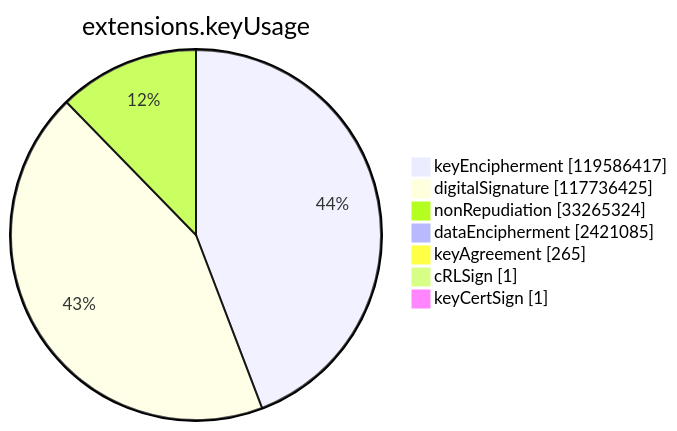
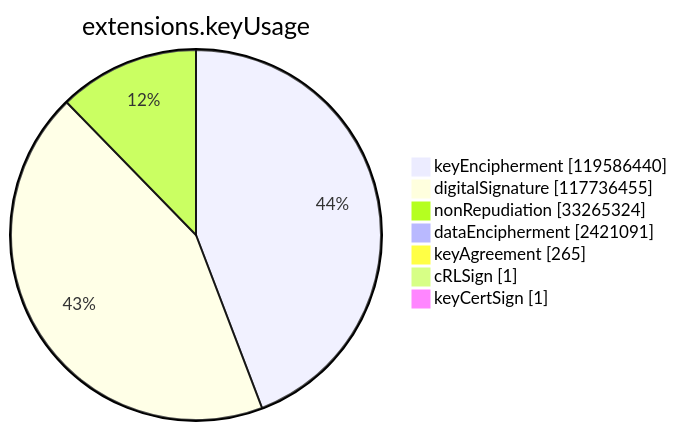
The sixth of 15 diagrams in xenon2023/README.md (christiankrug/ctmonitor_visualization), drawn with Mermaid before and after one commit. The commit also changed other lines of this file, not shown here.

````diff
--- a/xenon2023/README.md
+++ b/xenon2023/README.md
@@ -2147,11 +2147,11 @@
 ```mermaid
 pie showData
 title extensions.keyUsage
-"keyEncipherment" :119586417
-"digitalSignature" :117736425
+"keyEncipherment" :119586440
+"digitalSignature" :117736455
 "nonRepudiation" :33265324
-"dataEncipherment" :2421085
+"dataEncipherment" :2421091
 "keyAgreement" :265
 "cRLSign" :1
 "keyCertSign" :1
 ```
````
